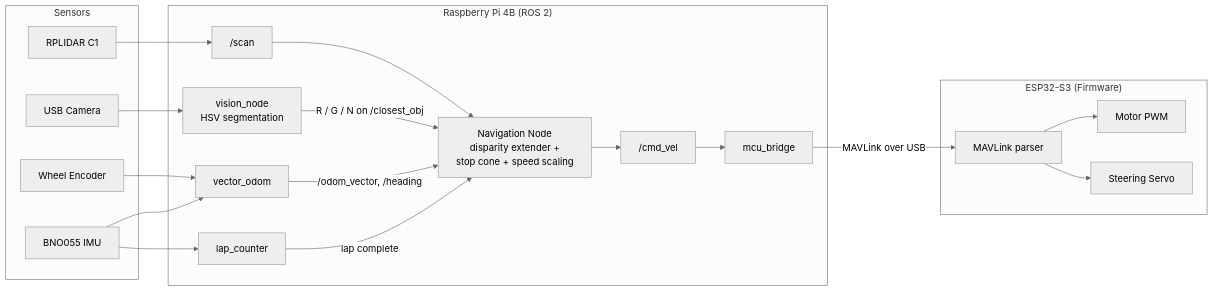
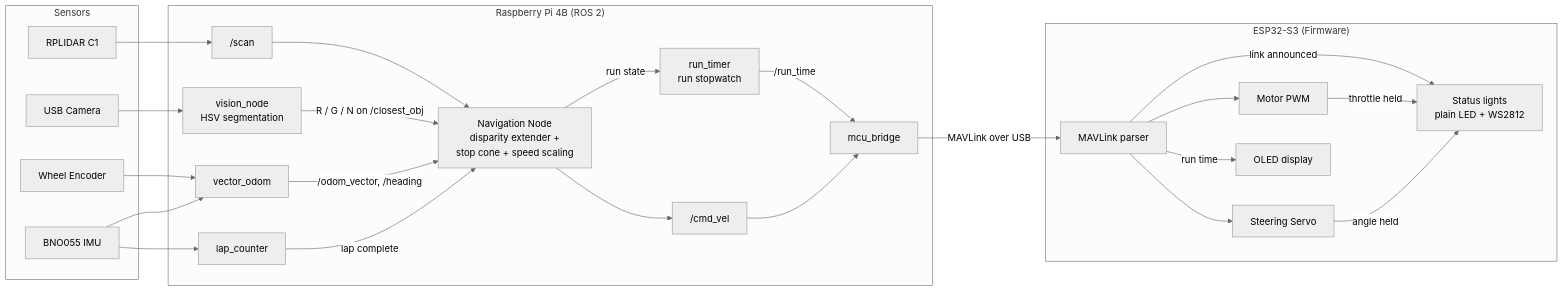
Before and after one commit to muztahiddurjoy/gorur_gari_2026: the first of 4 diagrams in README.md, drawn with Mermaid (neutral theme). The commit also changed other lines of this file and 44 other files, not shown here.

First line of the commit message:
Add Run Timer Node and associated tests

````diff
--- a/README.md
+++ b/README.md
@@ -172,41 +193,52 @@
 ```mermaid
 flowchart LR
     subgraph Sensors
         LIDAR[RPLIDAR C1]
         ENC[Wheel Encoder]
         IMU[BNO055 IMU]
         CAM[USB Camera]
     end
 
     subgraph Pi["Raspberry Pi 4B (ROS 2)"]
         SCAN["/scan"]
         NAV["Navigation Node
         disparity extender +
         stop cone + speed scaling"]
         ODOM[vector_odom]
         VISION["vision_node
         HSV segmentation"]
         LAP[lap_counter]
+        TIMER["run_timer
+        run stopwatch"]
         CMDVEL["/cmd_vel"]
         BRIDGE[mcu_bridge]
     end
 
     subgraph ESP["ESP32-S3 (Firmware)"]
         MAV[MAVLink parser]
         MOTOR[Motor PWM]
         SERVO[Steering Servo]
+        LEDS["Status lights
+        plain LED + WS2812"]
+        OLED[OLED display]
     end
 
     LIDAR --> SCAN --> NAV
     ENC --> ODOM
     IMU --> ODOM
     IMU --> LAP
     CAM --> VISION
     VISION -->|"R / G / N on /closest_obj"| NAV
     ODOM -->|"/odom_vector, /heading"| NAV
     LAP -->|lap complete| NAV
+    NAV -->|run state| TIMER
+    TIMER -->|"/run_time"| BRIDGE
     NAV --> CMDVEL --> BRIDGE
     BRIDGE -->|MAVLink over USB| MAV
     MAV --> MOTOR
     MAV --> SERVO
+    MAV -->|link announced| LEDS
+    MAV -->|run time| OLED
+    MOTOR -->|throttle held| LEDS
+    SERVO -->|angle held| LEDS
 ```
````
